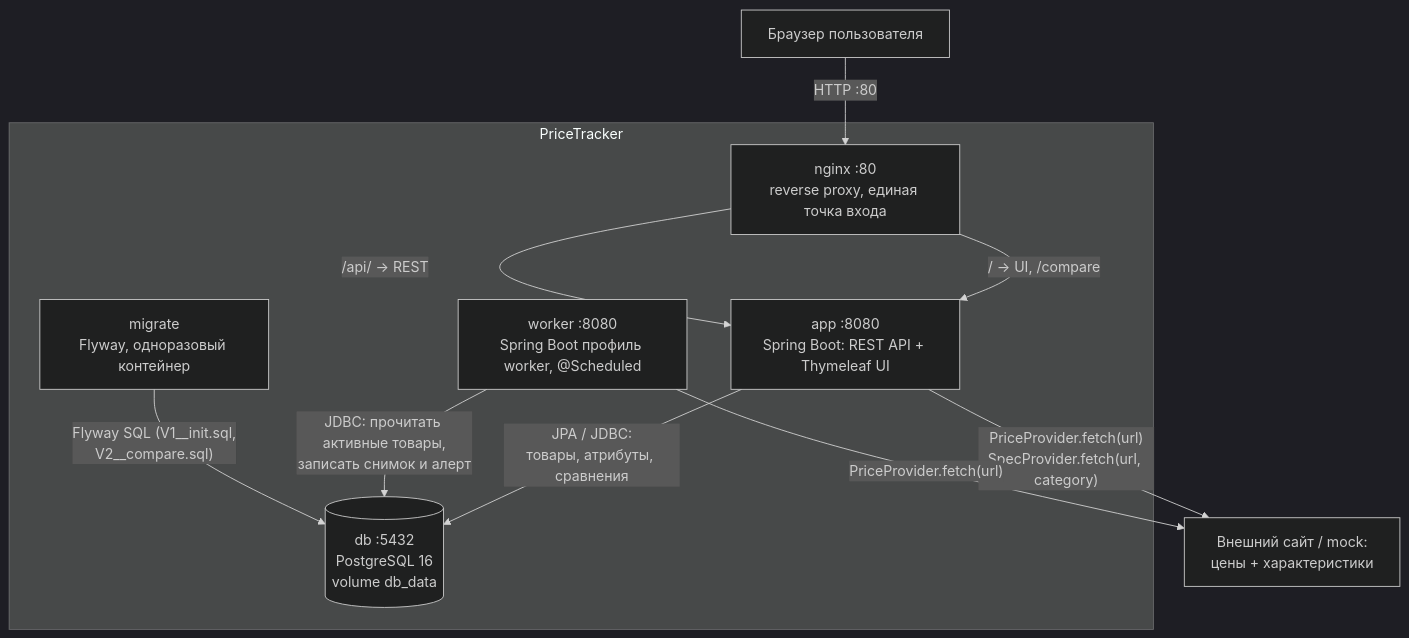
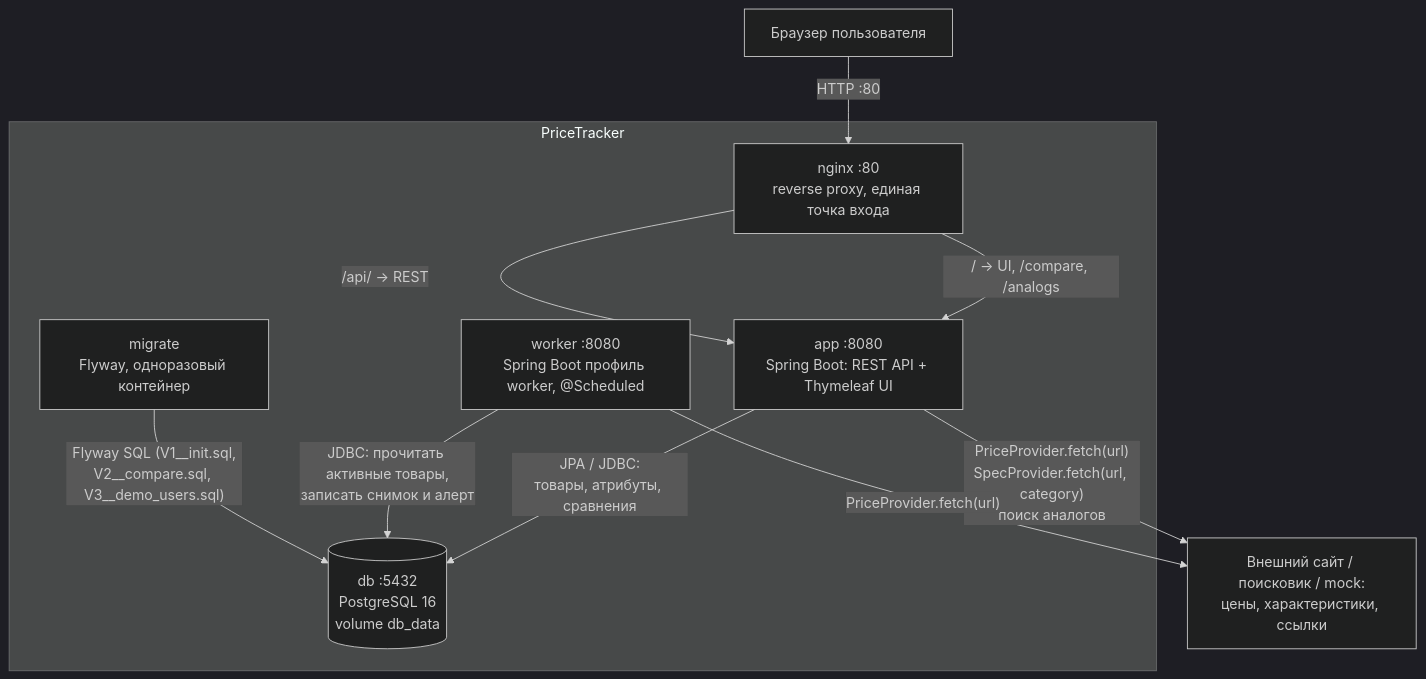
The second of 4 diagrams in docs/c4.md (brawlat12344-ops/pricetracker), drawn with Mermaid (dark theme) before and after one commit. The commit also changed other lines of this file and 21 other files, not shown here.

````diff
--- a/docs/c4.md
+++ b/docs/c4.md
@@ -28,23 +28,23 @@
 ```mermaid
 flowchart TB
     U["Браузер пользователя"]
 
     subgraph SYSTEM["PriceTracker"]
         NG["nginx :80<br/>reverse proxy, единая точка входа"]
         APP["app :8080<br/>Spring Boot: REST API + Thymeleaf UI"]
         WRK["worker :8080<br/>Spring Boot профиль worker, @Scheduled"]
         MIG["migrate<br/>Flyway, одноразовый контейнер"]
         DB[("db :5432<br/>PostgreSQL 16<br/>volume db_data")]
     end
 
-    EXT["Внешний сайт / mock:<br/>цены + характеристики"]
+    EXT["Внешний сайт / поисковик / mock:<br/>цены, характеристики, ссылки"]
 
     U -->|HTTP :80| NG
-    NG -->|"/ → UI, /compare"| APP
+    NG -->|"/ → UI, /compare, /analogs"| APP
     NG -->|"/api/ → REST"| APP
     APP -->|"JPA / JDBC:<br/>товары, атрибуты, сравнения"| DB
     WRK -->|"JDBC: прочитать активные товары,<br/>записать снимок и алерт"| DB
-    MIG -->|"Flyway SQL (V1__init.sql,<br/>V2__compare.sql)"| DB
-    APP -->|"PriceProvider.fetch(url)<br/>SpecProvider.fetch(url, category)"| EXT
+    MIG -->|"Flyway SQL (V1__init.sql,<br/>V2__compare.sql, V3__demo_users.sql)"| DB
+    APP -->|"PriceProvider.fetch(url)<br/>SpecProvider.fetch(url, category)<br/>поиск аналогов"| EXT
     WRK -->|"PriceProvider.fetch(url)"| EXT
 ```
````
